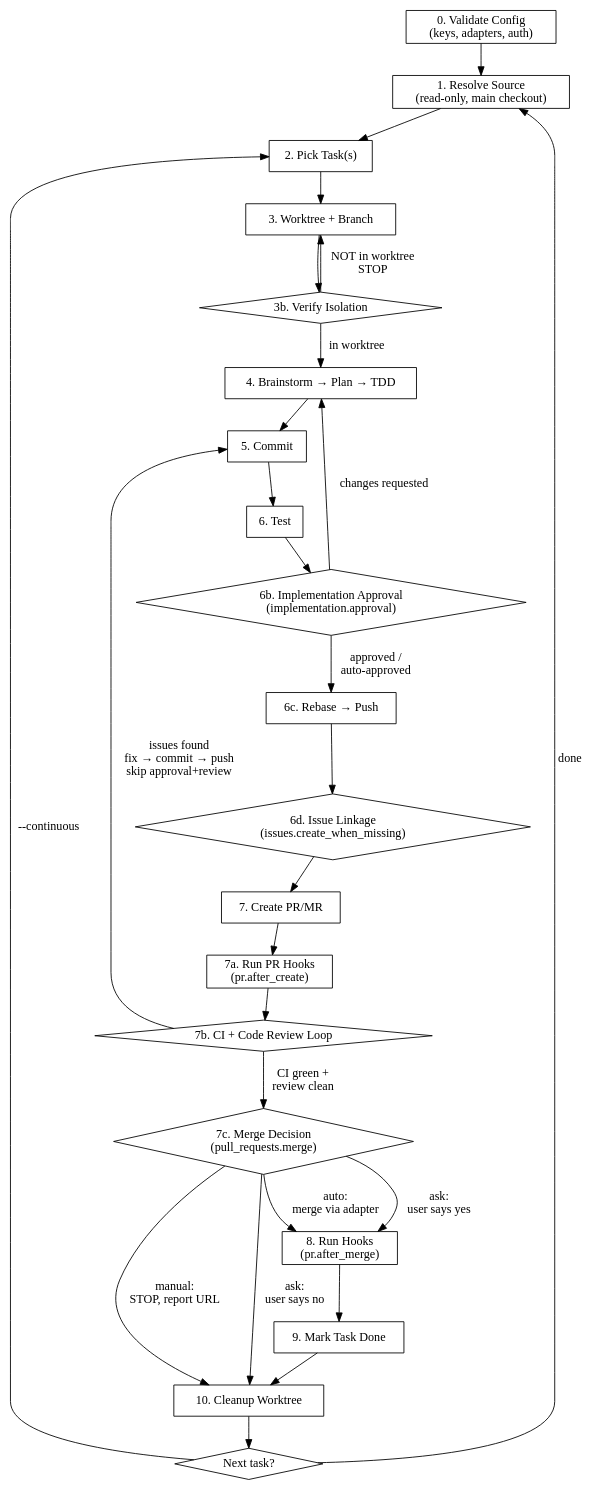
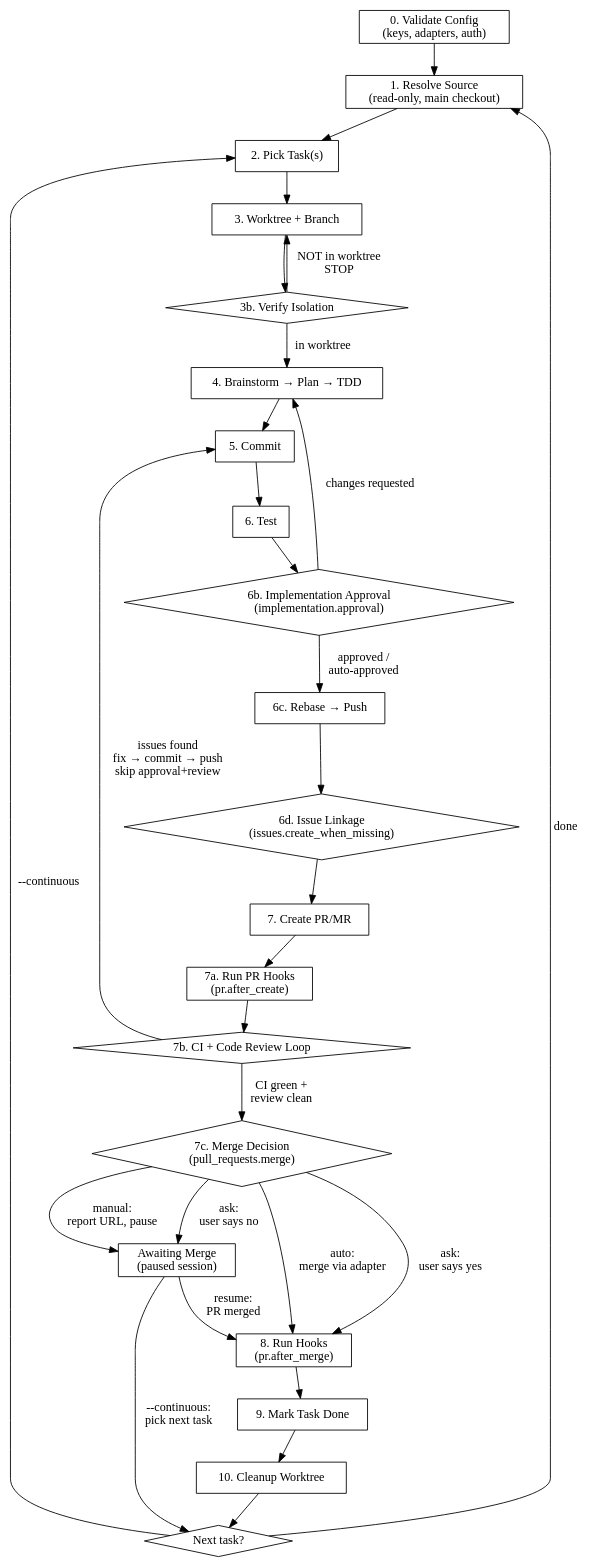
One commit to rodrigomanhaes/flowyeah changed the diagram in plugins/flowyeah/skills/build/SKILL.md. Above: the diagram before and after it, drawn with Graphviz. The commit also changed other lines of this file and 3 other files, not shown here.

First line of the commit message:
fix(build): pause unmerged sessions as Awaiting Merge instead of faking completion

````diff
--- a/plugins/flowyeah/skills/build/SKILL.md
+++ b/plugins/flowyeah/skills/build/SKILL.md
@@ -81,43 +81,46 @@
 ```dot
 digraph pipeline {
     rankdir=TB;
     node [shape=box];
 
     validate [label="0. Validate Config\n(keys, adapters, auth)"];
     resolve [label="1. Resolve Source\n(read-only, main checkout)"];
     pick [label="2. Pick Task(s)"];
     worktree [label="3. Worktree + Branch"];
     verify_wt [label="3b. Verify Isolation" shape=diamond];
     implement [label="4. Brainstorm → Plan → TDD"];
     commit [label="5. Commit"];
     test [label="6. Test"];
     approval [label="6b. Implementation Approval\n(implementation.approval)" shape=diamond];
     deliver [label="6c. Rebase → Push"];
     issue_link [label="6d. Issue Linkage\n(issues.create_when_missing)" shape=diamond];
     pr [label="7. Create PR/MR"];
     pr_hooks [label="7a. Run PR Hooks\n(pr.after_create)"];
     ci_loop [label="7b. CI + Code Review Loop" shape=diamond];
     merge_decision [label="7c. Merge Decision\n(pull_requests.merge)" shape=diamond];
     hooks [label="8. Run Hooks\n(pr.after_merge)"];
     mark [label="9. Mark Task Done"];
     cleanup [label="10. Cleanup Worktree"];
+    awaiting [label="Awaiting Merge\n(paused session)"];
     next [label="Next task?" shape=diamond];
 
     validate -> resolve -> pick -> worktree -> verify_wt;
     verify_wt -> implement [label="in worktree"];
     verify_wt -> worktree [label="NOT in worktree\nSTOP"];
     implement -> commit -> test -> approval;
     approval -> deliver [label="approved /\nauto-approved"];
     approval -> implement [label="changes requested"];
     deliver -> issue_link -> pr -> pr_hooks -> ci_loop;
     ci_loop -> commit [label="issues found\nfix → commit → push\nskip approval+review"];
     ci_loop -> merge_decision [label="CI green +\nreview clean"];
     merge_decision -> hooks [label="auto:\nmerge via adapter"];
-    merge_decision -> cleanup [label="manual:\nSTOP, report URL"];
+    merge_decision -> awaiting [label="manual:\nreport URL, pause"];
     merge_decision -> hooks [label="ask:\nuser says yes"];
-    merge_decision -> cleanup [label="ask:\nuser says no"];
+    merge_decision -> awaiting [label="ask:\nuser says no"];
+    awaiting -> hooks [label="resume:\nPR merged"];
+    awaiting -> next [label="--continuous:\npick next task"];
     hooks -> mark -> cleanup -> next;
     next -> pick [label="--continuous"];
     next -> resolve [label="done"];
 }
 ```
````
